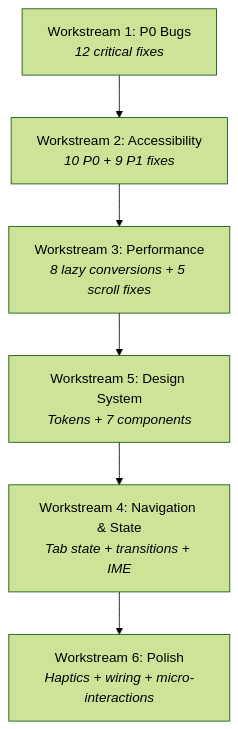
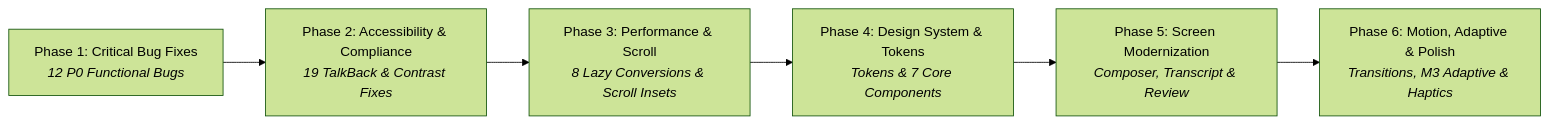
Before and after one commit to Theblackcat98/opencode-android: the second of 2 diagrams in Ui-improvement-plan.md, drawn with Mermaid (forest theme). The commit also changed other lines of this file and 43 other files, not shown here.

Commit message:
Execute UI improvement plan across functional bugs, accessibility, and design system

````diff
--- a/Ui-improvement-plan.md
+++ b/Ui-improvement-plan.md
@@ -527,8 +47,8 @@
 ```mermaid
-flowchart TD
-    A["Workstream 1: P0 Bugs<br/><i>12 critical fixes</i>"] --> B["Workstream 2: Accessibility<br/><i>10 P0 + 9 P1 fixes</i>"]
-    B --> C["Workstream 3: Performance<br/><i>8 lazy conversions + 5 scroll fixes</i>"]
-    C --> D["Workstream 5: Design System<br/><i>Tokens + 7 components</i>"]
-    D --> E["Workstream 4: Navigation & State<br/><i>Tab state + transitions + IME</i>"]
-    E --> F["Workstream 6: Polish<br/><i>Haptics + wiring + micro-interactions</i>"]
+flowchart LR
+    P1["Phase 1: Critical Bug Fixes<br/><i>12 P0 Functional Bugs</i>"] --> P2["Phase 2: Accessibility & Compliance<br/><i>19 TalkBack & Contrast Fixes</i>"]
+    P2 --> P3["Phase 3: Performance & Scroll<br/><i>8 Lazy Conversions & Scroll Insets</i>"]
+    P3 --> P4["Phase 4: Design System & Tokens<br/><i>Tokens & 7 Core Components</i>"]
+    P4 --> P5["Phase 5: Screen Modernization<br/><i>Composer, Transcript & Review</i>"]
+    P5 --> P6["Phase 6: Motion, Adaptive & Polish<br/><i>Transitions, M3 Adaptive & Haptics</i>"]
 ```
````
